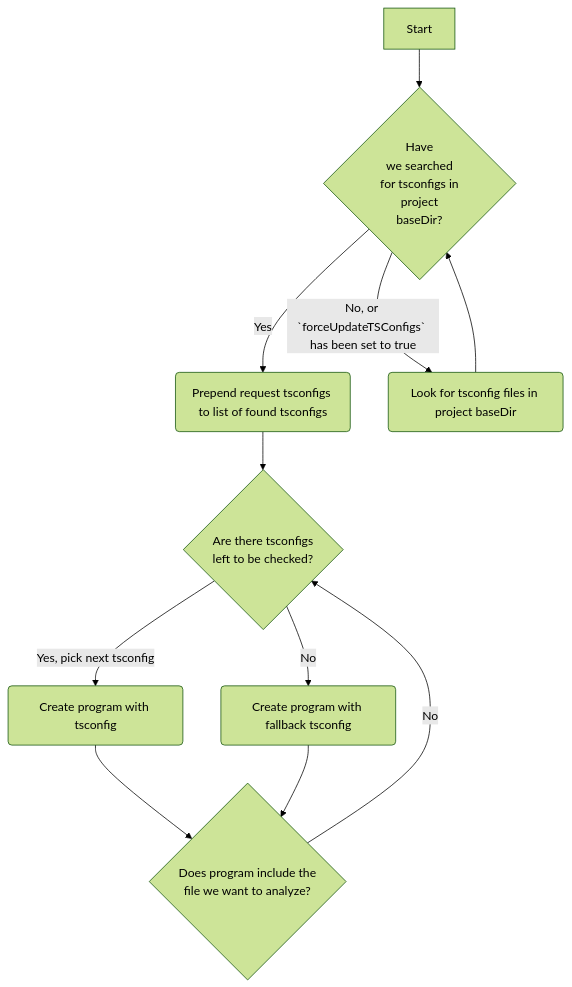
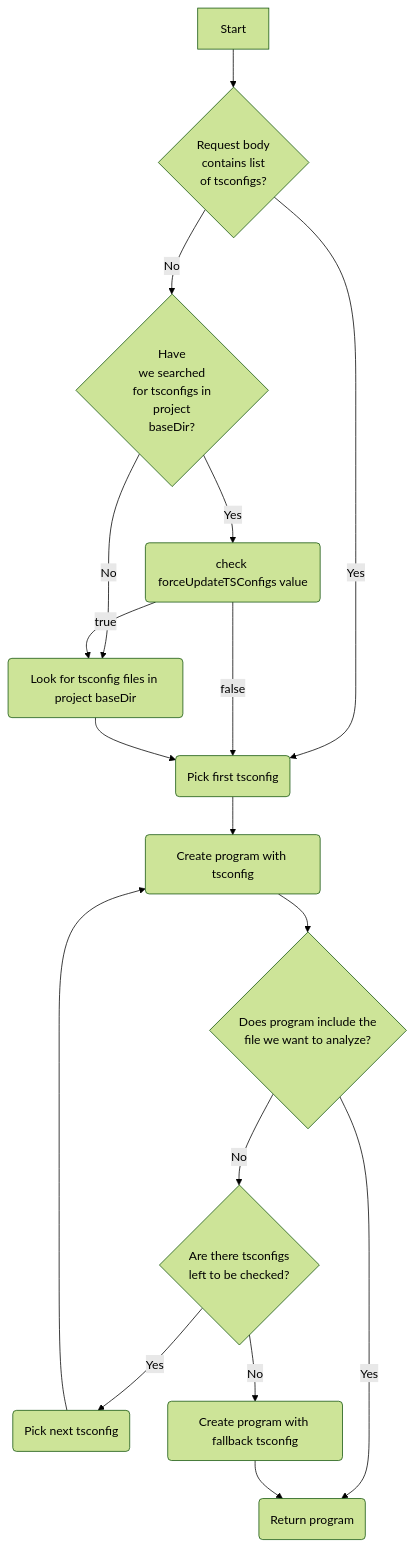
The second of 2 diagrams in docs/ARCHITECTURE.md (timicienio/SonarJS), drawn with Mermaid (forest theme) before and after one commit. The commit also changed other lines of this file, not shown here.

Commit message:
finish program creation flowchart

````diff
--- a/docs/ARCHITECTURE.md
+++ b/docs/ARCHITECTURE.md
@@ -63,15 +63,21 @@
 ```mermaid
 flowchart TB
-  A[Start] --> B{Have<br>we searched<br>for tsconfigs in<br>project<br>baseDir?}
-  B -- Yes --> C(Prepend request tsconfigs to list of found tsconfigs)
-  B -- No, or `forceUpdateTSConfigs` has been set to true --> D(Look for tsconfig files in project baseDir)
-  D --> B
-  C -->  H{Are there tsconfigs<br>left to be checked?}
-  H -- Yes, pick next tsconfig --> E(Create program with tsconfig)
-  H -- No --> G(Create program with fallback tsconfig)
-  E -->  F{Does program include the<br>file we want to analyze?}
-  G --> F
-  F -- No --> H
+  A[Start] --> RB{Request body<br>contains list<br>of tsconfigs?}
+  RB -- Yes --> PFT(Pick first tsconfig)
+  RB -- No --> HWS{Have<br>we searched<br>for tsconfigs in<br>project<br>baseDir?}
+  HWS -- Yes --> FT(check forceUpdateTSConfigs value)
+  HWS -- No --> LFT(Look for tsconfig files in project baseDir)
+  FT -- true --> LFT
+  FT -- false --> PFT
+  PFT --> CR(Create program with tsconfig)
+  LFT --> PFT
+  PN --> CR
+  ATTL -- No --> CRF(Create program with fallback tsconfig)
+  CR -->  PROK{Does program include the<br>file we want to analyze?}
+  PROK -- No --> ATTL{Are there tsconfigs<br>left to be checked?}
+  ATTL -- Yes --> PN(Pick next tsconfig)
+  PROK -- Yes --> RT(Return program)
+  CRF --> RT
 
 
 ```
````
